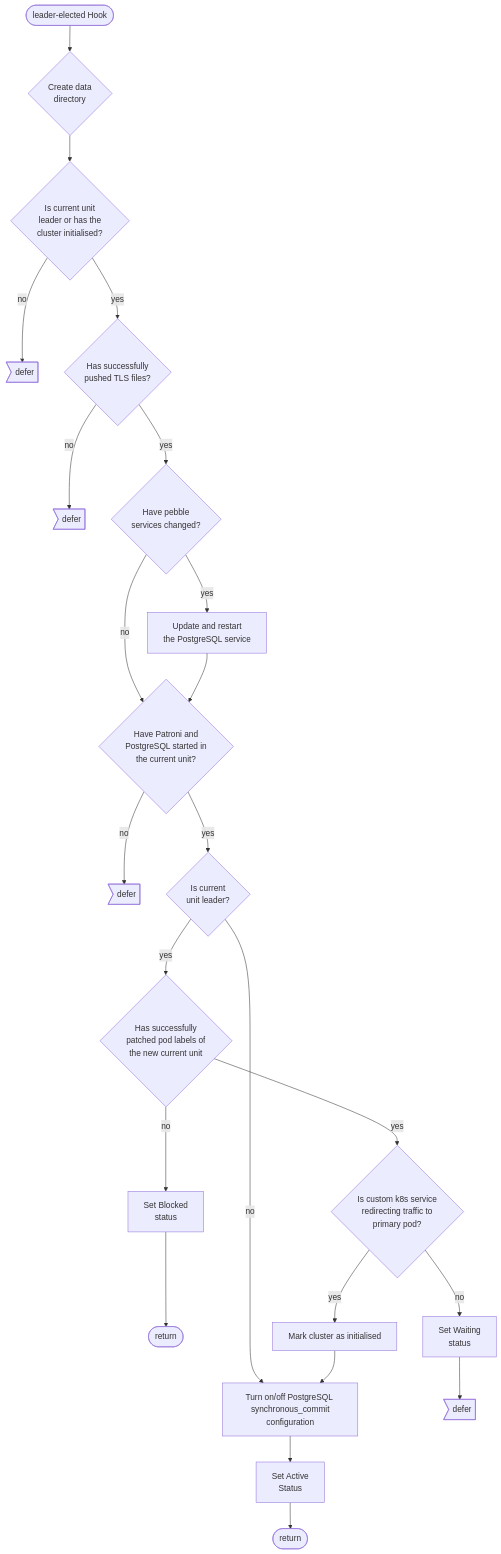
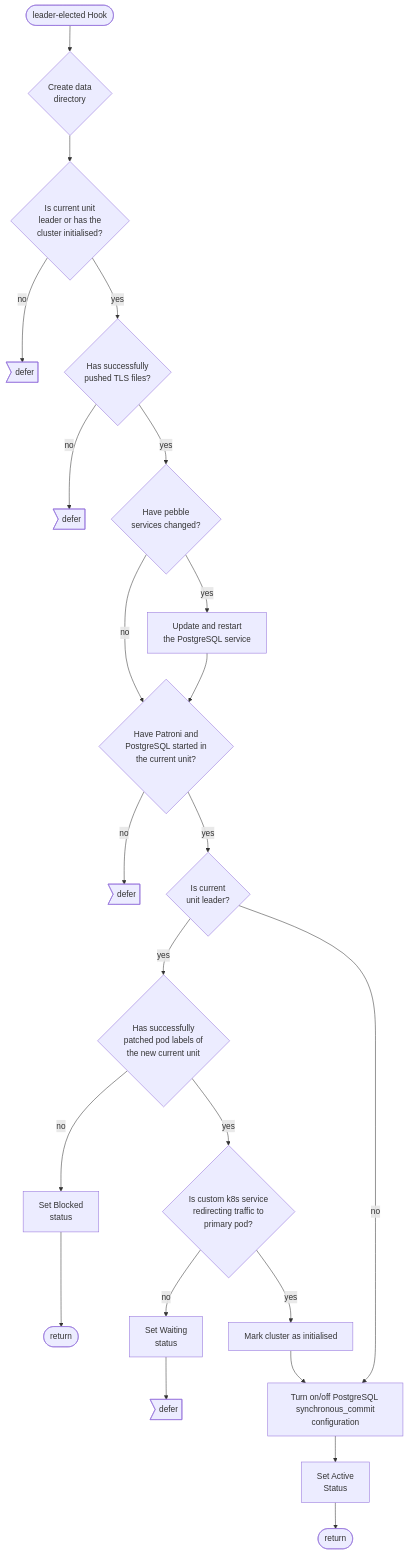
The second of 2 diagrams in documentation/reference/charm.md (canonical/postgresql-k8s-operator), drawn with Mermaid before and after one commit. The commit also changed other lines of this file, not shown here.

Commit message:
Fix order of steps to make the flowchart cleaner

````diff
--- a/documentation/reference/charm.md
+++ b/documentation/reference/charm.md
@@ -37,25 +37,25 @@
 ```mermaid
 flowchart TD
   hook_fired([leader-elected Hook]) --> create_pgdata{Create data\n directory}
   create_pgdata --> is_leader_or_has_cluster_initialised{Is current unit\n leader or has the \n cluster initialised?}
   is_leader_or_has_cluster_initialised -- no --> defer>defer]
   is_leader_or_has_cluster_initialised -- yes --> has_pushed_tls_files{Has successfully \n pushed TLS files?}
   has_pushed_tls_files -- no --> defer2>defer]
   has_pushed_tls_files -- yes --> has_services_changed{Have pebble \n services changed?}
   has_services_changed -- no --> has_member_started
   has_services_changed -- yes --> update_and_restart_service[Update and restart \n the PostgreSQL service]
   update_and_restart_service --> has_member_started{Have Patroni and \n PostgreSQL  started in \n the current unit?}
   has_member_started -- no --> defer3>defer]
   has_member_started -- yes --> is_leader{Is current\nunit leader?}
+  is_leader -- yes --> has_patched_pod_labels{Has successfully \n patched pod labels of \n the new current unit}
   is_leader -- no --> update_config
-  is_leader -- yes --> has_patched_pod_labels{Has successfully \n patched pod labels of \n the new current unit}
   has_patched_pod_labels -- no --> set_blocked[Set Blocked\nstatus]
   set_blocked --> rtn([return])
   has_patched_pod_labels -- yes --> is_service_redirecting_traffic{Is custom k8s service \n redirecting traffic to \n primary pod?}
   is_service_redirecting_traffic -- no --> set_waiting[Set Waiting\nstatus]
   set_waiting --> defer4>defer]
   is_service_redirecting_traffic -- yes --> mark_cluster_as_initialised[Mark cluster as initialised]
   mark_cluster_as_initialised--> update_config[Turn on/off PostgreSQL \n synchronous_commit configuration]
   update_config --> set_active[Set Active\n Status]
   set_active --> rtn2([return])
 ```
````
